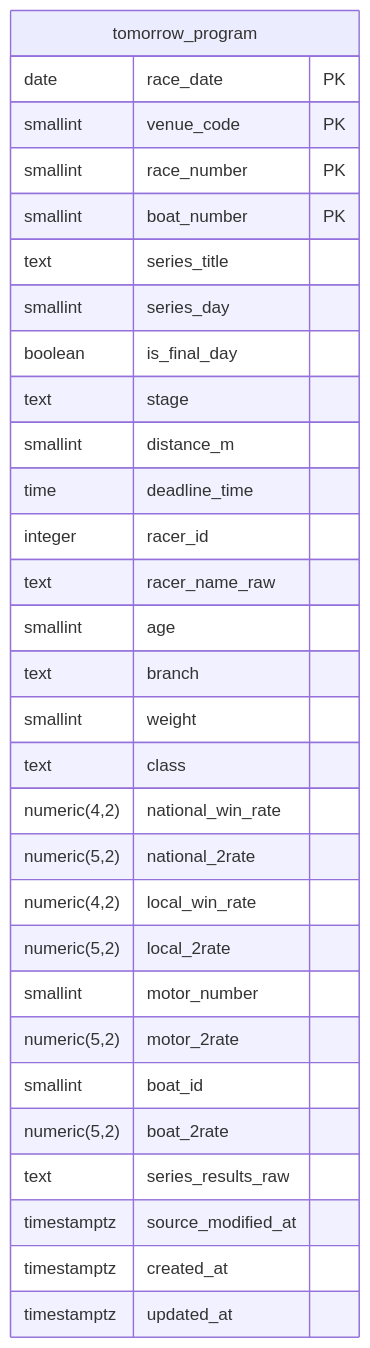
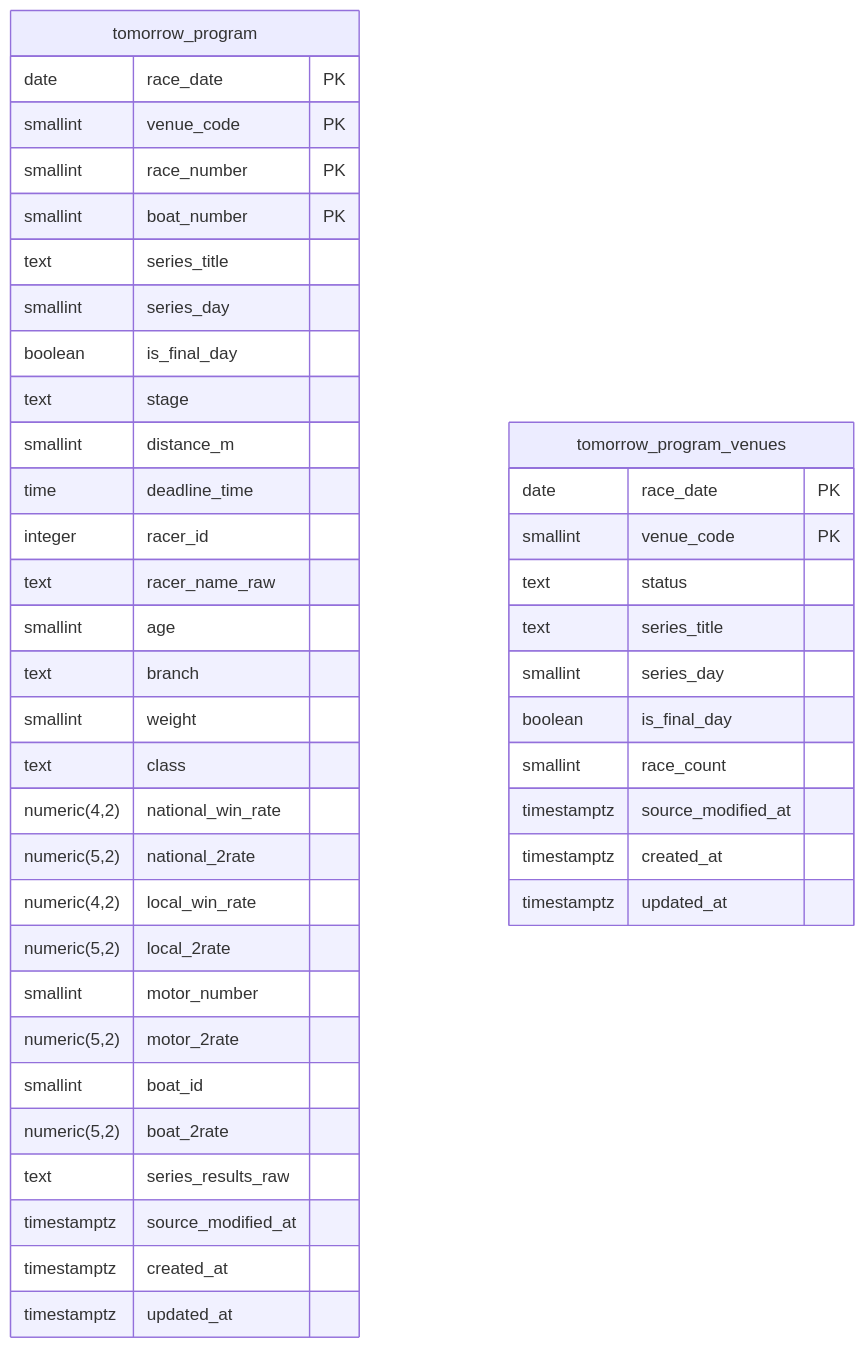
The second of 3 diagrams in docs/design/tomorrow-program/plan.md (rhapsody0919/boatrace-ai-predictor), drawn with Mermaid before and after one commit. The commit also changed other lines of this file and 5 other files, not shown here.

````diff
--- a/docs/design/tomorrow-program/plan.md
+++ b/docs/design/tomorrow-program/plan.md
@@ -25,33 +25,45 @@
 ```mermaid
 erDiagram
     tomorrow_program {
         date race_date PK
         smallint venue_code PK
         smallint race_number PK
         smallint boat_number PK
         text series_title
         smallint series_day
         boolean is_final_day
         text stage
         smallint distance_m
         time deadline_time
         integer racer_id
         text racer_name_raw
         smallint age
         text branch
         smallint weight
         text class
         numeric(4,2) national_win_rate
         numeric(5,2) national_2rate
         numeric(4,2) local_win_rate
         numeric(5,2) local_2rate
         smallint motor_number
         numeric(5,2) motor_2rate
         smallint boat_id
         numeric(5,2) boat_2rate
         text series_results_raw
         timestamptz source_modified_at
         timestamptz created_at
         timestamptz updated_at
     }
+    tomorrow_program_venues {
+        date race_date PK
+        smallint venue_code PK
+        text status
+        text series_title
+        smallint series_day
+        boolean is_final_day
+        smallint race_count
+        timestamptz source_modified_at
+        timestamptz created_at
+        timestamptz updated_at
+    }
 ```
````
